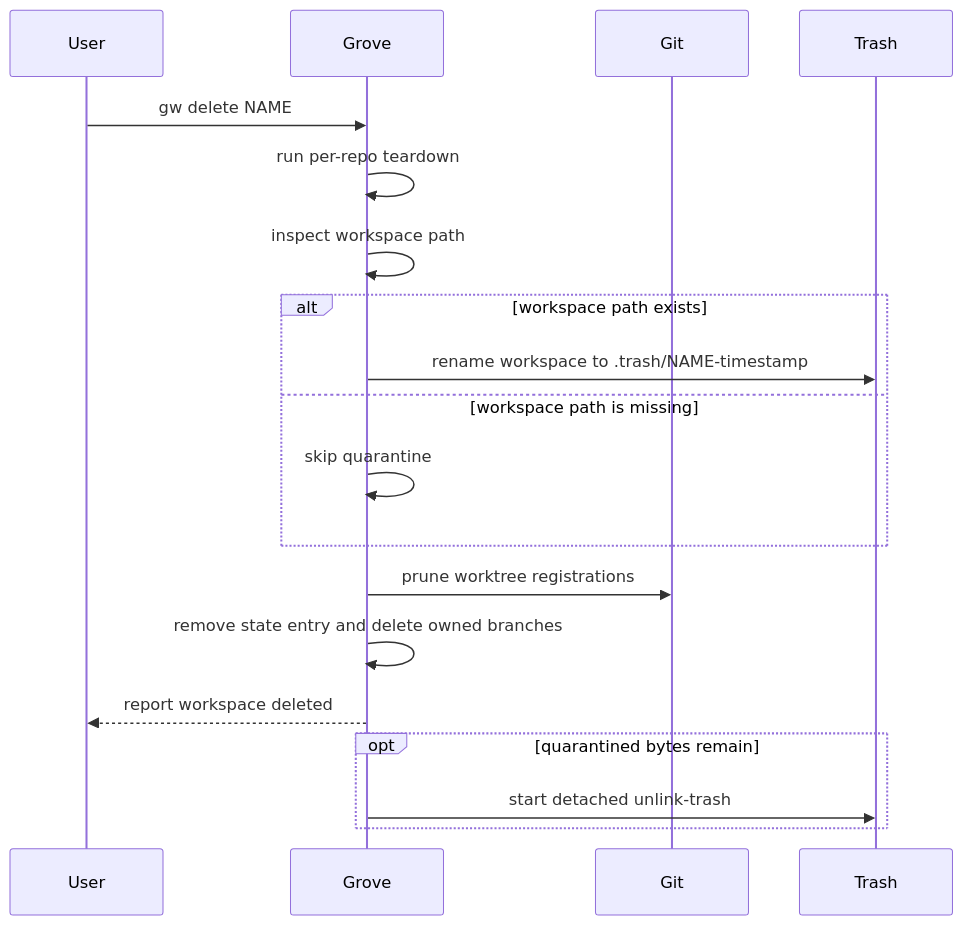
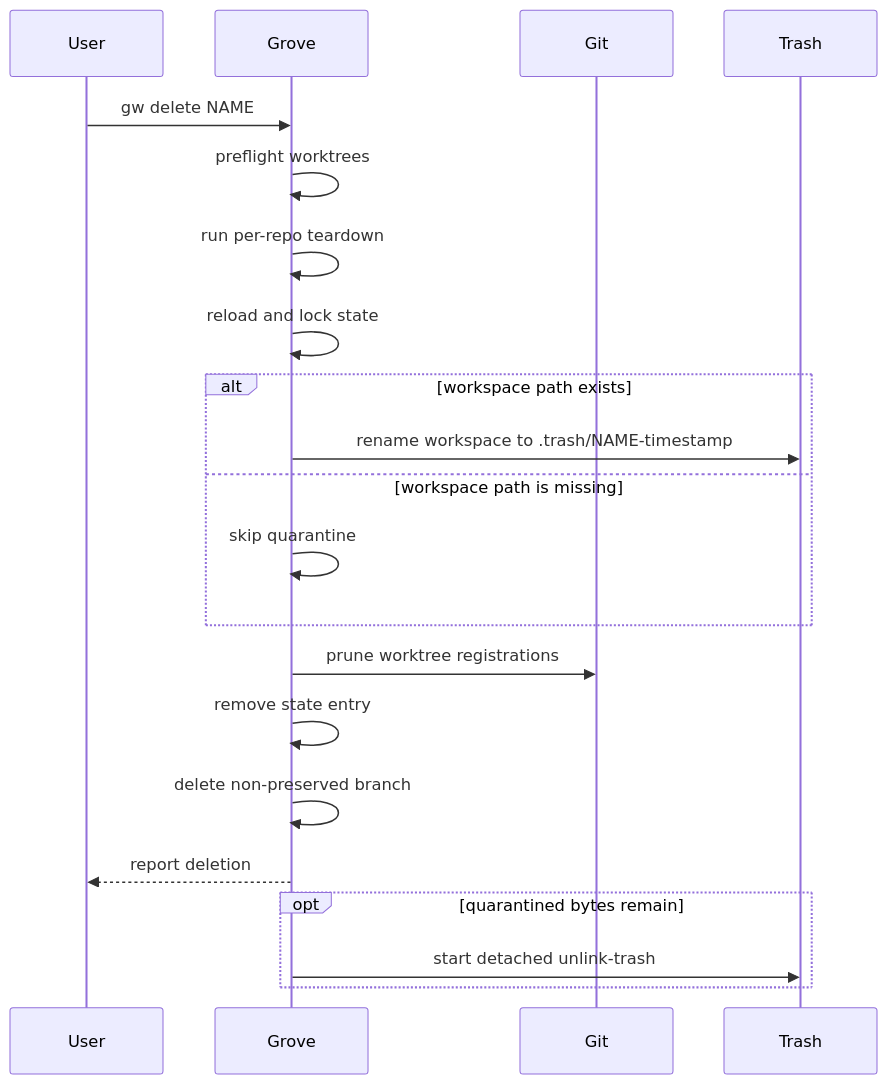
One commit to nicksenap/grove changed the second of 2 diagrams in openwiki/operations.md. Above: the diagram before and after it, drawn with Mermaid. The commit also changed other lines of this file and 26 other files, not shown here.

````diff
--- a/openwiki/operations.md
+++ b/openwiki/operations.md
@@ -230,21 +271,23 @@
 ```mermaid
 sequenceDiagram
     participant User
     participant Grove
     participant Git
     participant Trash
     User->>Grove: gw delete NAME
+    Grove->>Grove: preflight worktrees
     Grove->>Grove: run per-repo teardown
-    Grove->>Grove: inspect workspace path
+    Grove->>Grove: reload and lock state
     alt workspace path exists
         Grove->>Trash: rename workspace to .trash/NAME-timestamp
     else workspace path is missing
         Grove->>Grove: skip quarantine
     end
     Grove->>Git: prune worktree registrations
-    Grove->>Grove: remove state entry and delete owned branches
-    Grove-->>User: report workspace deleted
+    Grove->>Grove: remove state entry
+    Grove->>Grove: delete non-preserved branch
+    Grove-->>User: report deletion
     opt quarantined bytes remain
         Grove->>Trash: start detached unlink-trash
     end
 ```
````
